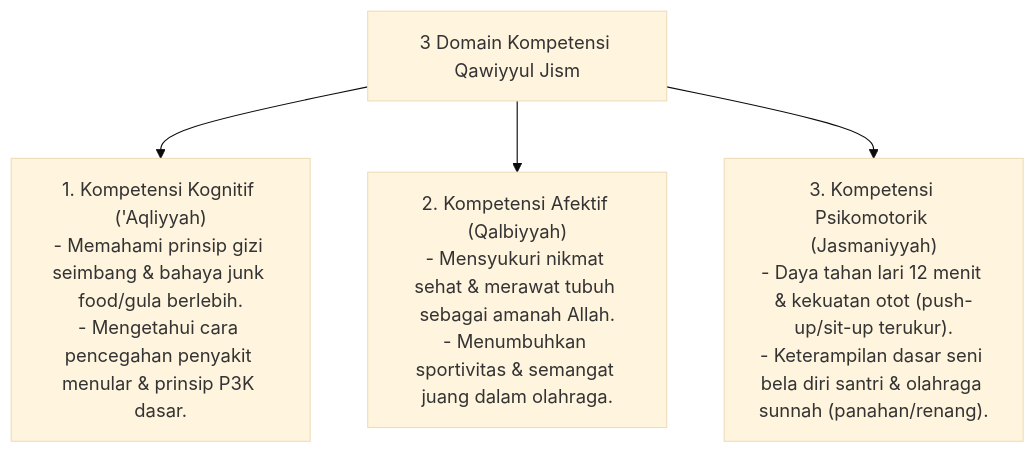
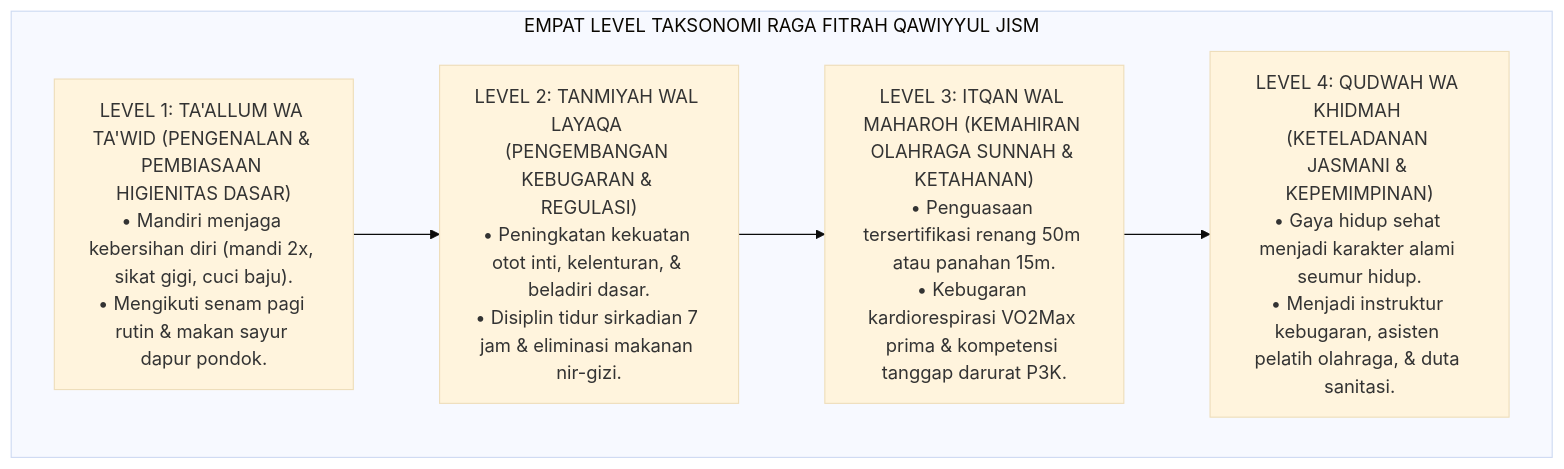
Before and after one commit to wandiapriliyandi/tumbuh: the sixth of 6 diagrams in 03 Capacity Framework/07 Qawiyyul Jism/P3-07-05-Standar-Kompetensi-dan-Taksonomi.md, drawn with Mermaid (base theme). The commit also changed other lines of this file and 14 other files, not shown here.

Commit message:
docs(03-capacity): complete 15 research monographs for 07 Qawiyyul Jism

````diff
--- a/03 Capacity Framework/07 Qawiyyul Jism/P3-07-05-Standar-Kompetensi-dan-Taksonomi.md
+++ b/03 Capacity Framework/07 Qawiyyul Jism/P3-07-05-Standar-Kompetensi-dan-Taksonomi.md
@@ -10,10 +167,14 @@
 ```mermaid
-graph TD
-    Domain["3 Domain Kompetensi Qawiyyul Jism"]
-    
-    Domain --> K1["1. Kompetensi Kognitif ('Aqliyyah)<br/>- Memahami prinsip gizi seimbang & bahaya junk food/gula berlebih.<br/>- Mengetahui cara pencegahan penyakit menular & prinsip P3K dasar."]
-    
-    Domain --> K2["2. Kompetensi Afektif (Qalbiyyah)<br/>- Mensyukuri nikmat sehat & merawat tubuh sebagai amanah Allah.<br/>- Menumbuhkan sportivitas & semangat juang dalam olahraga."]
-    
-    Domain --> K3["3. Kompetensi Psikomotorik (Jasmaniyyah)<br/>- Daya tahan lari 12 menit & kekuatan otot (push-up/sit-up terukur).<br/>- Keterampilan dasar seni bela diri santri & olahraga sunnah (panahan/renang)."]
+flowchart TD
+    subgraph HierarkiTaksonomiRagaFitrah["EMPAT LEVEL TAKSONOMI RAGA FITRAH QAWIYYUL JISM"]
+        L4["LEVEL 4: QUDWAH WA KHIDMAH (KETELADANAN JASMANI & KEPEMIMPINAN)<br/>• Gaya hidup sehat menjadi karakter alami seumur hidup.<br/>• Menjadi instruktur kebugaran, asisten pelatih olahraga, & duta sanitasi."]
+        
+        L3["LEVEL 3: ITQAN WAL MAHAROH (KEMAHIRAN OLAHRAGA SUNNAH & KETAHANAN)<br/>• Penguasaan tersertifikasi renang 50m atau panahan 15m.<br/>• Kebugaran kardiorespirasi VO2Max prima & kompetensi tanggap darurat P3K."]
+        
+        L2["LEVEL 2: TANMIYAH WAL LAYAQA (PENGEMBANGAN KEBUGARAN & REGULASI)<br/>• Peningkatan kekuatan otot inti, kelenturan, & beladiri dasar.<br/>• Disiplin tidur sirkadian 7 jam & eliminasi makanan nir-gizi."]
+        
+        L1["LEVEL 1: TA'ALLUM WA TA'WID (PENGENALAN & PEMBIASAAN HIGIENITAS DASAR)<br/>• Mandiri menjaga kebersihan diri (mandi 2x, sikat gigi, cuci baju).<br/>• Mengikuti senam pagi rutin & makan sayur dapur pondok."]
+        
+        L1 --> L2 --> L3 --> L4
+    end
 ```
````
